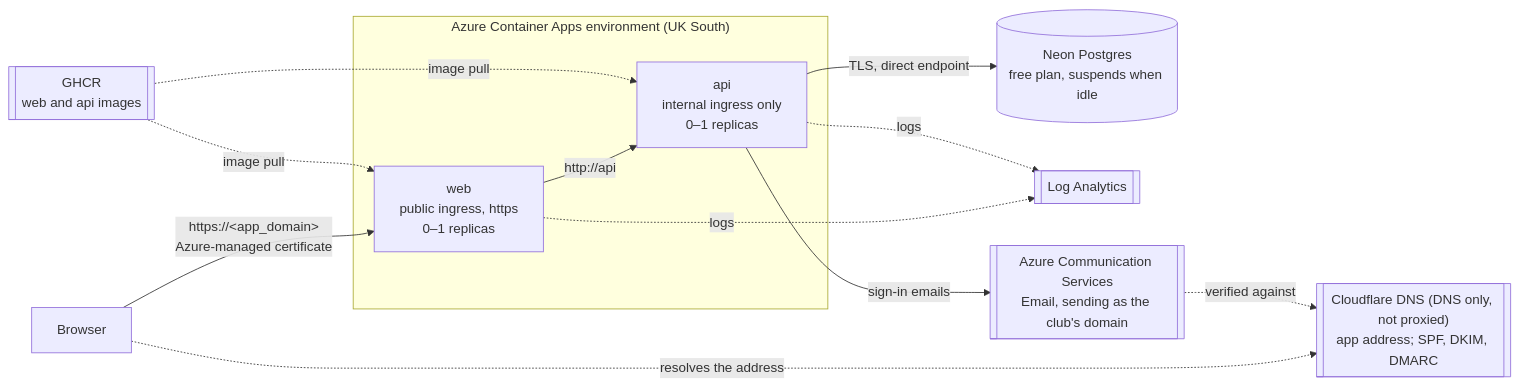
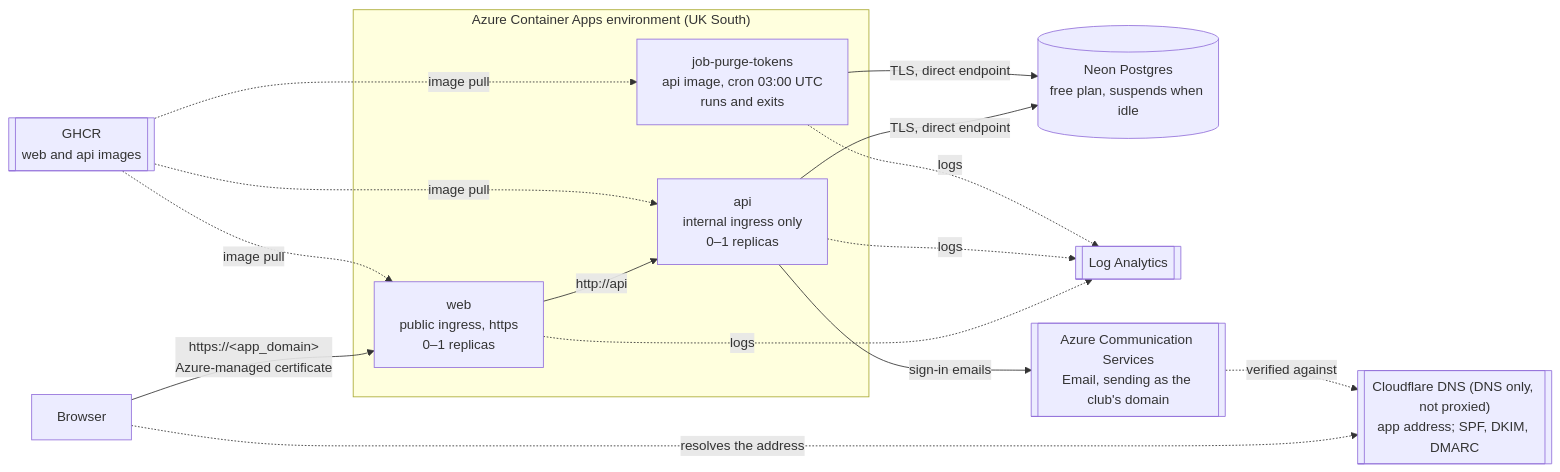
Before and after one commit to l1em1on1/social-tennis: the seventh of 11 diagrams in docs/architecture.md, drawn with Mermaid. The commit also changed other lines of this file and 7 other files, not shown here.

````diff
--- a/docs/architecture.md
+++ b/docs/architecture.md
@@ -304,22 +304,24 @@
 ```mermaid
 flowchart LR
     B[Browser]
     subgraph aca ["Azure Container Apps environment (UK South)"]
         W["web<br/>public ingress, https<br/>0–1 replicas"]
         A["api<br/>internal ingress only<br/>0–1 replicas"]
+        J["job-purge-tokens<br/>api image, cron 03:00 UTC<br/>runs and exits"]
     end
     N[("Neon Postgres<br/>free plan, suspends when idle")]
     G[["GHCR<br/>web and api images"]]
     L[["Log Analytics"]]
     M[["Azure Communication Services<br/>Email, sending as the club's domain"]]
     C[["Cloudflare DNS (DNS only, not proxied)<br/>app address; SPF, DKIM, DMARC"]]
 
     B -->|"https://&lt;app_domain&gt;<br/>Azure-managed certificate"| W
     B -.->|"resolves the address"| C
     W -->|"http://api"| A
     A -->|"TLS, direct endpoint"| N
-    G -.->|"image pull"| W & A
-    W & A -.->|"logs"| L
+    J -->|"TLS, direct endpoint"| N
+    G -.->|"image pull"| W & A & J
+    W & A & J -.->|"logs"| L
     A -->|"sign-in emails"| M
     M -.->|"verified against"| C
 ```
````
